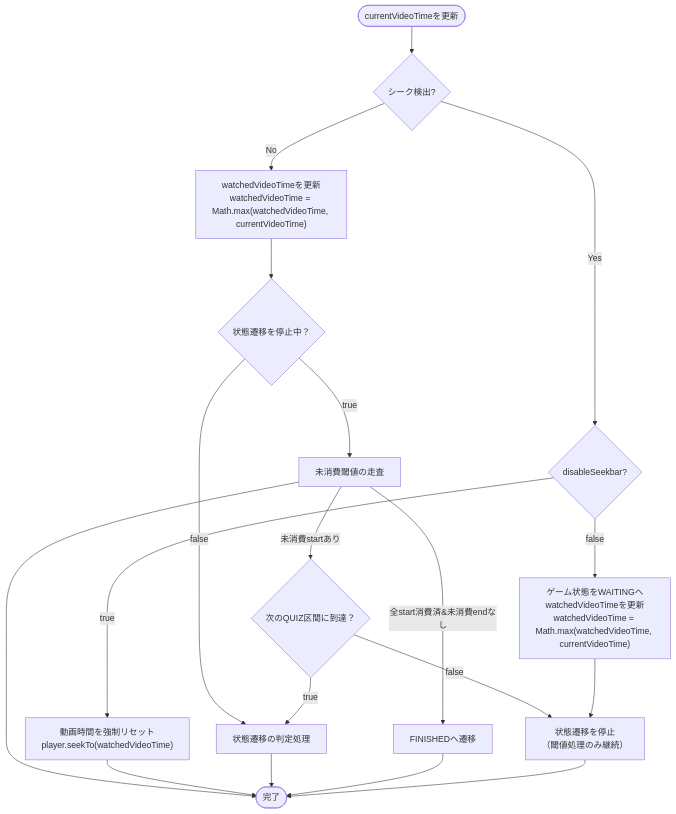
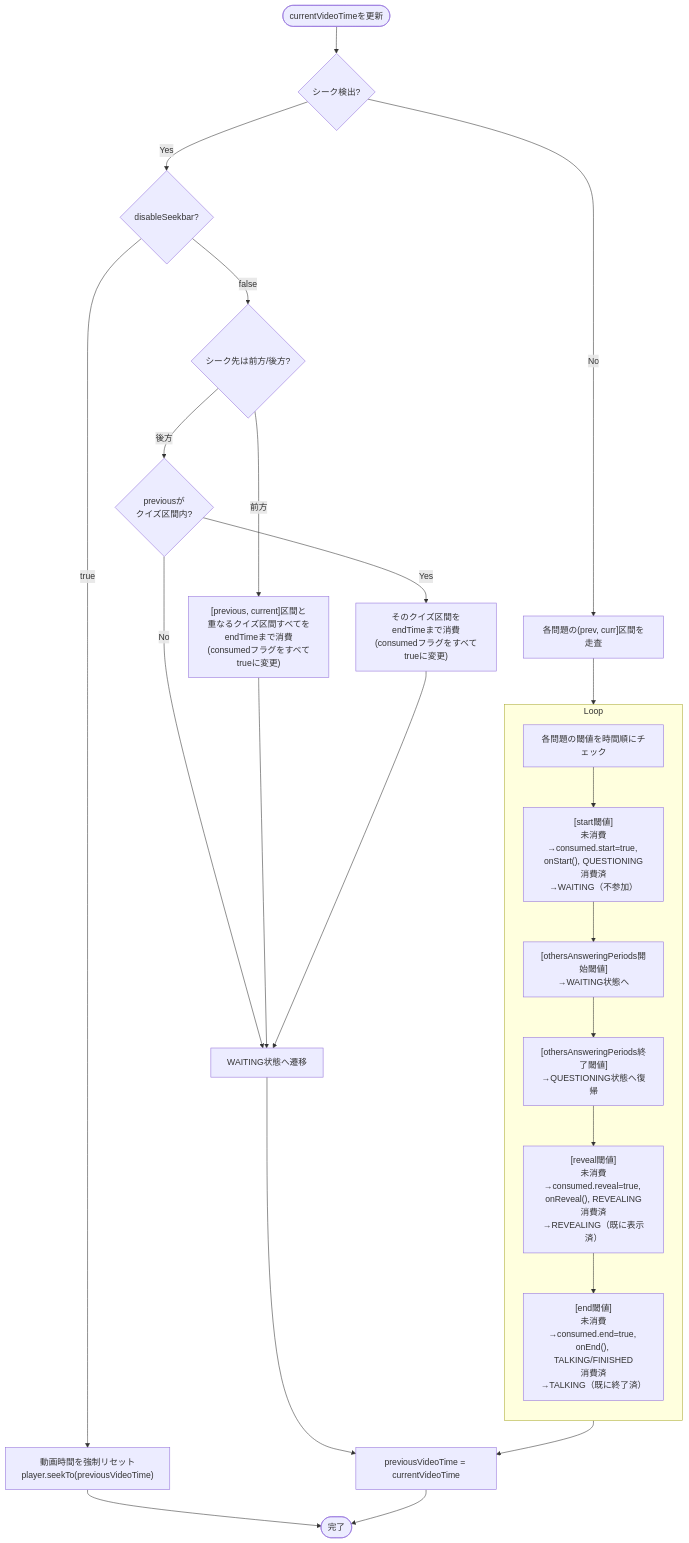
One commit to t-yokota/youtube-quiz-battle changed the fourth of 7 diagrams in .kiro/specs/youtube-quiz-battle/design.md. Above: the diagram before and after it, drawn with Mermaid. The commit also changed other lines of this file, not shown here.

First line of the commit message:
design変更: 時間管理システムの仕様をpreviousVideoTimeベースに変更

````diff
--- a/.kiro/specs/youtube-quiz-battle/design.md
+++ b/.kiro/specs/youtube-quiz-battle/design.md
@@ -483,30 +549,39 @@
 ```mermaid
 flowchart TD
     Start(["currentVideoTimeを更新"]) --> Check{シーク検出?}
 
-    Check -->|No| Update["watchedVideoTimeを更新<br>watchedVideoTime = Math.max(watchedVideoTime, currentVideoTime)"]
+    Check -->|No| Loop["各問題の(prev, curr]区間を走査"]
 
     Check -->|Yes| Setting1{disableSeekbar?}
 
-    Setting1 -->|true| Reset["動画時間を強制リセット<br>player.seekTo(watchedVideoTime)"]
-    Setting1 -->|false| Wait["ゲーム状態をWAITINGへ<br>watchedVideoTimeを更新<br>watchedVideoTime = Math.max(watchedVideoTime, currentVideoTime)"]
+    Setting1 -->|true| Reset["動画時間を強制リセット<br>player.seekTo(previousVideoTime)"]
+    Setting1 -->|false| Direction{シーク先は前方/後方?}
 
-    Update --> Setting2{状態遷移を停止中？}
+    Direction -->|前方| Forward["[previous, current]区間と<br>重なるクイズ区間すべてを<br>endTimeまで消費<br>(consumedフラグをすべてtrueに変更)"]
+    Direction -->|後方| Backward{previousが<br>クイズ区間内?}
 
-    Setting2 --> |true| Window[未消費閾値の走査]
-    Setting2 --> |false| Transition[状態遷移の判定処理]
+    Backward -->|Yes| BackwardConsume["そのクイズ区間を<br>endTimeまで消費<br>(consumedフラグをすべてtrueに変更)"]
+    Backward -->|No| ToWaiting["WAITING状態へ遷移"]
 
-    Window --> |未消費startあり| Time{次のQUIZ区間に到達？}
-    Window --> |全start消費済&未消費endなし| Finish[FINISHEDへ遷移]
-    Window --> End
+    Forward --> ToWaiting
+    BackwardConsume --> ToWaiting
 
-    Time --> |true| Transition
-    Time --> |false| Block
+    Loop --> WindowScope
 
-    Reset --> End
-    Wait --> Block["状態遷移を停止<br/>（閾値処理のみ継続）"]
+    subgraph WindowScope["Loop"]
+        direction TB
+        ThresholdCheck["各問題の閾値を時間順にチェック"]
+        ThresholdCheck --> StartCheck["[start閾値]<br>未消費<br>→consumed.start=true, onStart(), QUESTIONING<br>消費済<br>→WAITING（不参加）"]
+        StartCheck --> OthersStart["[othersAnsweringPeriods開始閾値]<br>→WAITING状態へ"]
+        OthersStart --> OthersEnd["[othersAnsweringPeriods終了閾値]<br>→QUESTIONING状態へ復帰"]
+        OthersEnd --> RevealCheck["[reveal閾値]<br>未消費<br>→consumed.reveal=true, onReveal(), REVEALING<br>消費済<br>→REVEALING（既に表示済）"]
+        RevealCheck --> EndCheck["[end閾値]<br>未消費<br>→consumed.end=true, onEnd(), TALKING/FINISHED<br>消費済<br>→TALKING（既に終了済）"]
+    end
 
-    Transition --> End(["完了"])
-    Finish --> End
-    Block --> End
+    WindowScope --> UpdatePrev["previousVideoTime = currentVideoTime"]
+
+    Reset --> End(["完了"])
+    ToWaiting --> UpdatePrev
+
+    UpdatePrev --> End
 ```
````
